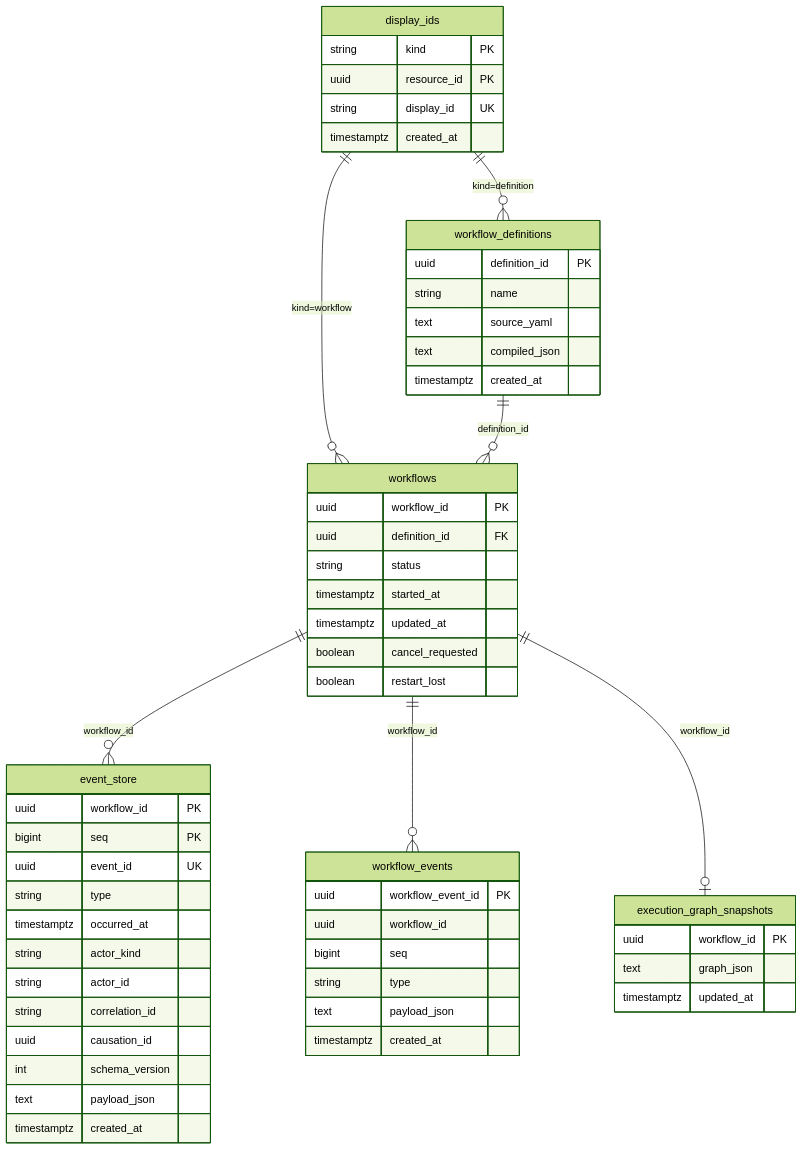
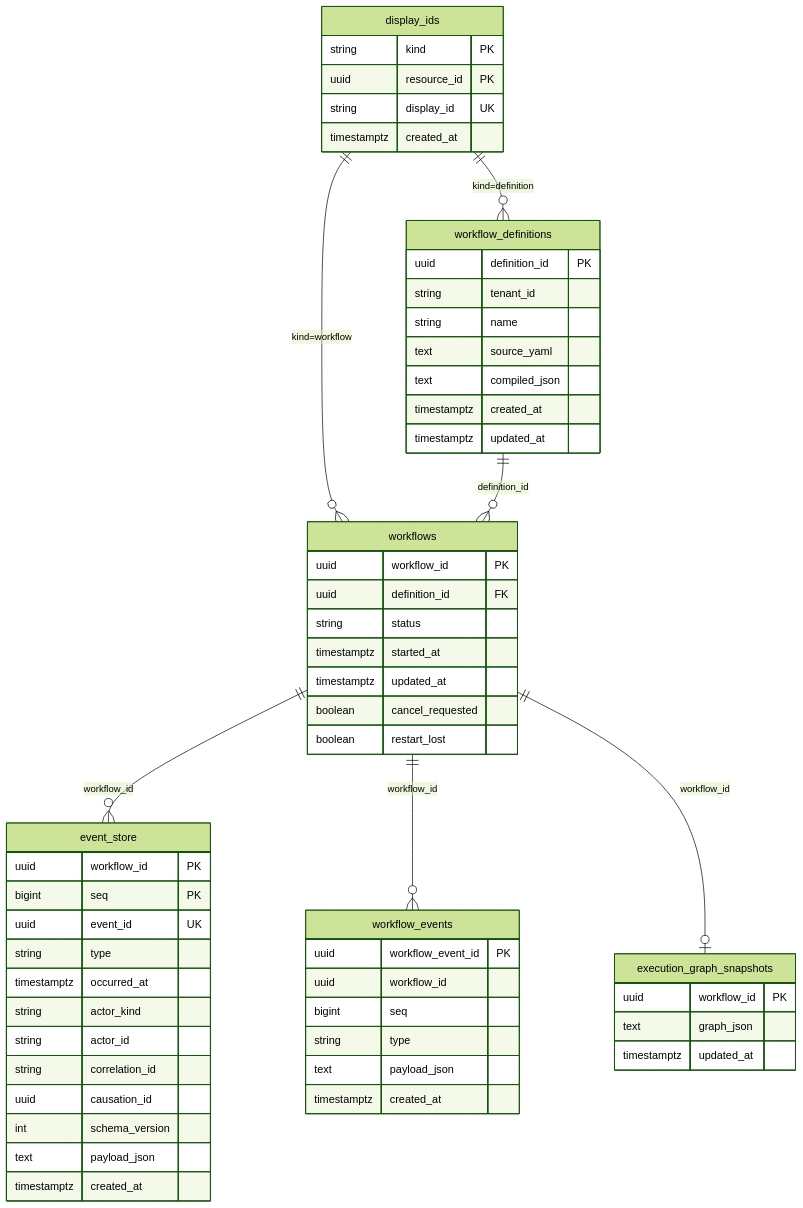
One commit to MichiharuShiba/statevia changed the diagram in docs/statevia-scheme.md. Above: the diagram before and after it, drawn with Mermaid (forest theme). The commit also changed other lines of this file and 4 other files, not shown here.

````diff
--- a/docs/statevia-scheme.md
+++ b/docs/statevia-scheme.md
@@ -101,64 +105,66 @@
 ```mermaid
 erDiagram
   display_ids ||--o{ workflow_definitions : "kind=definition"
   display_ids ||--o{ workflows : "kind=workflow"
   workflow_definitions ||--o{ workflows : "definition_id"
   workflows ||--o{ event_store : "workflow_id"
   workflows ||--o{ workflow_events : "workflow_id"
   workflows ||--o| execution_graph_snapshots : "workflow_id"
 
   display_ids {
     string kind PK
     uuid resource_id PK
     string display_id UK
     timestamptz created_at
   }
 
   workflow_definitions {
     uuid definition_id PK
+    string tenant_id
     string name
     text source_yaml
     text compiled_json
     timestamptz created_at
+    timestamptz updated_at
   }
 
   workflows {
     uuid workflow_id PK
     uuid definition_id FK
     string status
     timestamptz started_at
     timestamptz updated_at
     boolean cancel_requested
     boolean restart_lost
   }
 
   event_store {
     uuid workflow_id PK
     bigint seq PK
     uuid event_id UK
     string type
     timestamptz occurred_at
     string actor_kind
     string actor_id
     string correlation_id
     uuid causation_id
     int schema_version
     text payload_json
     timestamptz created_at
   }
 
   workflow_events {
     uuid workflow_event_id PK
     uuid workflow_id
     bigint seq
     string type
     text payload_json
     timestamptz created_at
   }
 
   execution_graph_snapshots {
     uuid workflow_id PK
     text graph_json
     timestamptz updated_at
   }
 ```
````
